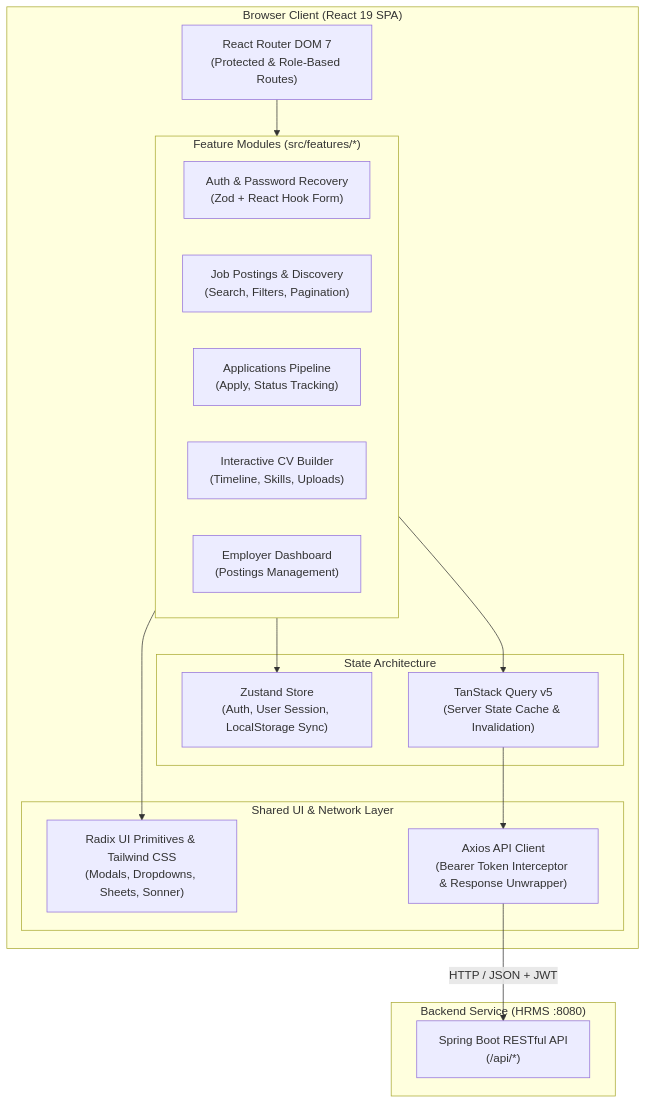
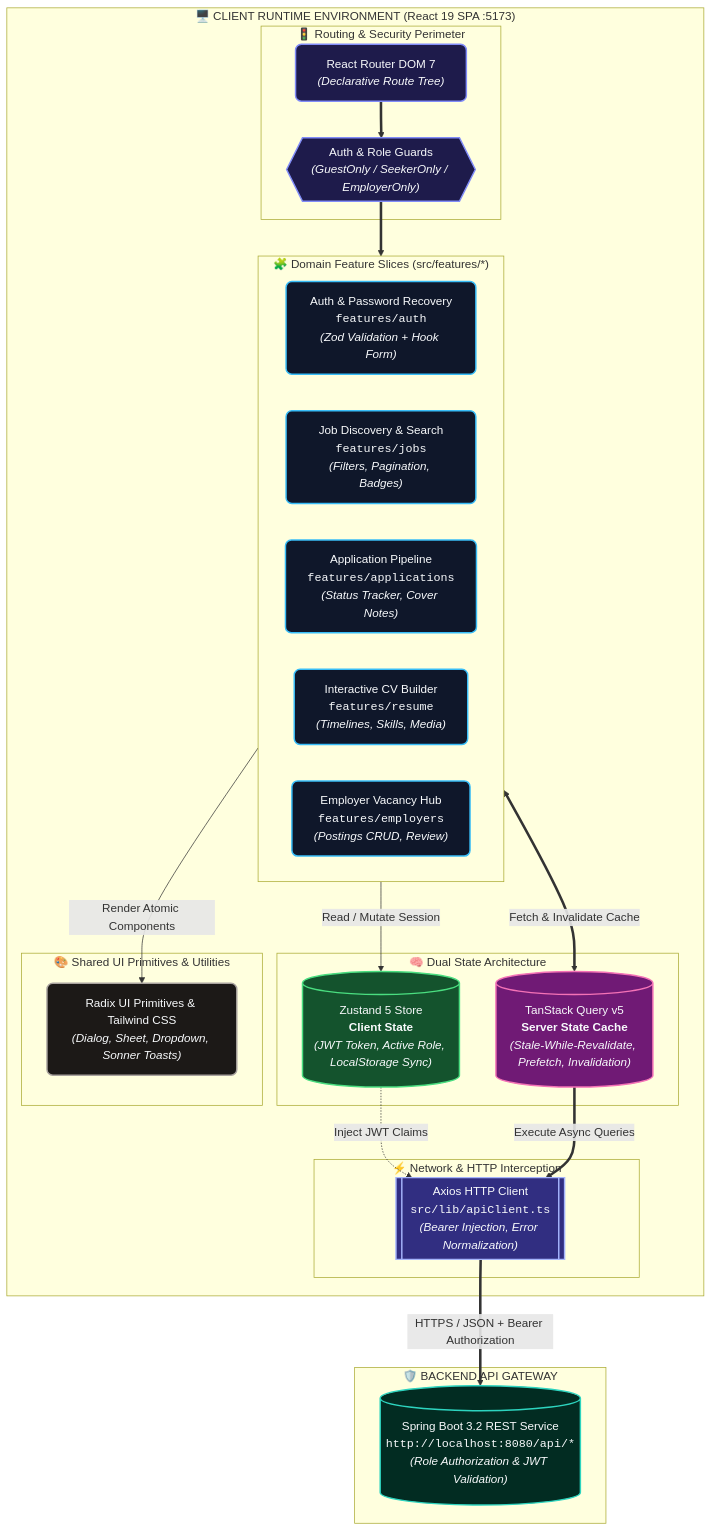
The diagram in README.md (kamiltuncok/hrms-frontend), drawn with Mermaid before and after one commit.

Commit message:
readme diagram added

````diff
--- a/README.md
+++ b/README.md
@@ -19,35 +19,58 @@
 ```mermaid
-flowchart TD
-    subgraph BrowserClient ["Browser Client (React 19 SPA)"]
-        Router["React Router DOM 7<br/>(Protected & Role-Based Routes)"]
-        
-        subgraph StateManagement ["State Architecture"]
-            ZustandStore["Zustand Store<br/>(Auth, User Session, LocalStorage Sync)"]
-            TanStackQuery["TanStack Query v5<br/>(Server State Cache & Invalidation)"]
+flowchart TB
+    %% ================= GLOBAL STYLES =================
+    classDef routerStyle fill:#1e1b4b,stroke:#818cf8,stroke-width:2px,color:#f8fafc,rx:8,ry:8;
+    classDef featureStyle fill:#0f172a,stroke:#38bdf8,stroke-width:2px,color:#f8fafc,rx:8,ry:8;
+    classDef stateClientStyle fill:#14532d,stroke:#4ade80,stroke-width:2px,color:#f8fafc,rx:8,ry:8;
+    classDef stateServerStyle fill:#701a75,stroke:#f472b6,stroke-width:2px,color:#f8fafc,rx:8,ry:8;
+    classDef uiStyle fill:#1c1917,stroke:#a8a29e,stroke-width:2px,color:#f8fafc,rx:8,ry:8;
+    classDef networkStyle fill:#312e81,stroke:#a5b4fc,stroke-width:2px,color:#f8fafc,rx:8,ry:8;
+    classDef backendStyle fill:#022c22,stroke:#2dd4bf,stroke-width:2px,color:#f8fafc,rx:8,ry:8;
+
+    %% ================= CLIENT BROWSER CONTAINER =================
+    subgraph BrowserRuntime [" 🖥️ CLIENT RUNTIME ENVIRONMENT (React 19 SPA :5173) "]
+
+        subgraph NavigationLayer [" 🚦 Routing & Security Perimeter "]
+            Router["React Router DOM 7<br/><i>(Declarative Route Tree)</i>"]:::routerStyle
+            RouteGuards{{"Auth & Role Guards<br/><i>(GuestOnly / SeekerOnly / EmployerOnly)</i>"}}:::routerStyle
         end
-        
-        subgraph FeatureModules ["Feature Modules (src/features/*)"]
-            AuthModule["Auth & Password Recovery<br/>(Zod + React Hook Form)"]
-            JobsModule["Job Postings & Discovery<br/>(Search, Filters, Pagination)"]
-            AppModule["Applications Pipeline<br/>(Apply, Status Tracking)"]
-            ResumeModule["Interactive CV Builder<br/>(Timeline, Skills, Uploads)"]
-            EmployerModule["Employer Dashboard<br/>(Postings Management)"]
+
+        subgraph FeatureSlices [" 🧩 Domain Feature Slices (src/features/*) "]
+            AuthSlice["Auth & Password Recovery<br/><code>features/auth</code><br/><i>(Zod Validation + Hook Form)</i>"]:::featureStyle
+            JobsSlice["Job Discovery & Search<br/><code>features/jobs</code><br/><i>(Filters, Pagination, Badges)</i>"]:::featureStyle
+            AppSlice["Application Pipeline<br/><code>features/applications</code><br/><i>(Status Tracker, Cover Notes)</i>"]:::featureStyle
+            ResumeSlice["Interactive CV Builder<br/><code>features/resume</code><br/><i>(Timelines, Skills, Media)</i>"]:::featureStyle
+            EmployerSlice["Employer Vacancy Hub<br/><code>features/employers</code><br/><i>(Postings CRUD, Review)</i>"]:::featureStyle
         end
-        
-        subgraph SharedInfrastructure ["Shared UI & Network Layer"]
-            UIPrimitives["Radix UI Primitives & Tailwind CSS<br/>(Modals, Dropdowns, Sheets, Sonner)"]
-            APIClient["Axios API Client<br/>(Bearer Token Interceptor & Response Unwrapper)"]
+
+        subgraph StateTier [" 🧠 Dual State Architecture "]
+            ZustandStore[("Zustand 5 Store<br/><b>Client State</b><br/><i>(JWT Token, Active Role, LocalStorage Sync)</i>")]:::stateClientStyle
+            TanStackQuery[("TanStack Query v5<br/><b>Server State Cache</b><br/><i>(Stale-While-Revalidate, Prefetch, Invalidation)</i>")]:::stateServerStyle
+        end
+
+        subgraph SharedLayer [" 🎨 Shared UI Primitives & Utilities "]
+            RadixUI["Radix UI Primitives & Tailwind CSS<br/><i>(Dialog, Sheet, Dropdown, Sonner Toasts)</i>"]:::uiStyle
+        end
+
+        subgraph NetworkGateway [" ⚡ Network & HTTP Interception "]
+            AxiosClient[["Axios HTTP Client<br/><code>src/lib/apiClient.ts</code><br/><i>(Bearer Injection, Error Normalization)</i>"]]:::networkStyle
         end
     end
 
-    subgraph BackendAPI ["Backend Service (HRMS :8080)"]
-        SpringAPI["Spring Boot RESTful API<br/>(/api/*)"]
+    %% ================= BACKEND SERVICE =================
+    subgraph BackendGateway [" 🛡️ BACKEND API GATEWAY "]
+        SpringAPI[("Spring Boot 3.2 REST Service<br/><code>http://localhost:8080/api/*</code><br/><i>(Role Authorization & JWT Validation)</i>")]:::backendStyle
     end
 
-    Router --> FeatureModules
-    FeatureModules --> ZustandStore
-    FeatureModules --> TanStackQuery
-    FeatureModules --> UIPrimitives
-    TanStackQuery --> APIClient
-    APIClient -->|HTTP / JSON + JWT| SpringAPI
+    %% ================= FLOW CONNECTIONS =================
+    Router ==> RouteGuards
+    RouteGuards ==> FeatureSlices
+
+    FeatureSlices -->|"Read / Mutate Session"| ZustandStore
+    FeatureSlices <==>|"Fetch & Invalidate Cache"| TanStackQuery
+    FeatureSlices -->|"Render Atomic Components"| RadixUI
+
+    ZustandStore -.->|"Inject JWT Claims"| AxiosClient
+    TanStackQuery ==>|"Execute Async Queries"| AxiosClient
+    AxiosClient ==>|"HTTPS / JSON + Bearer Authorization"| SpringAPI
 ```
````
